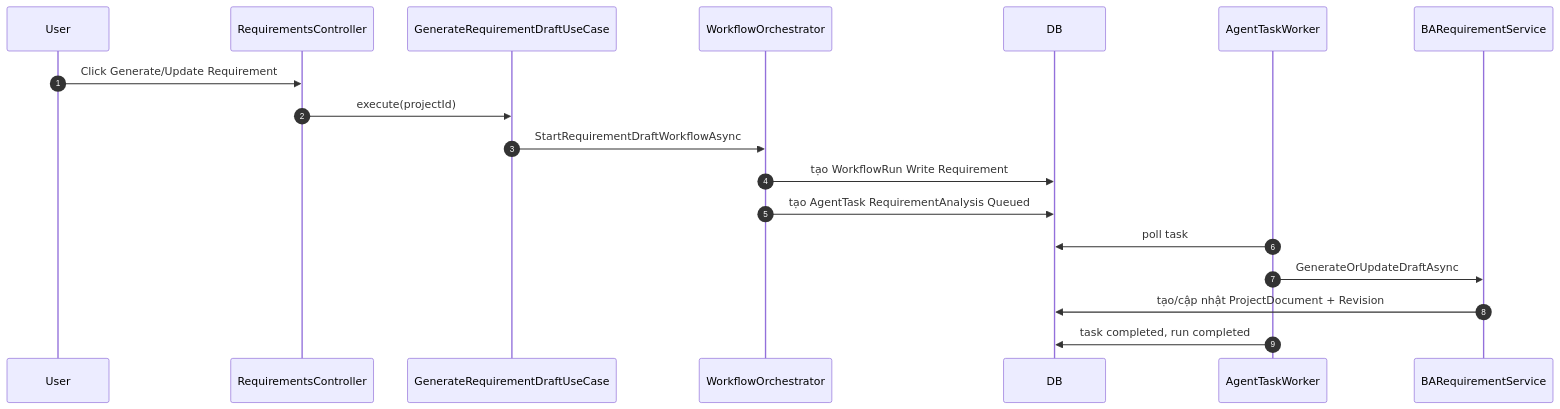
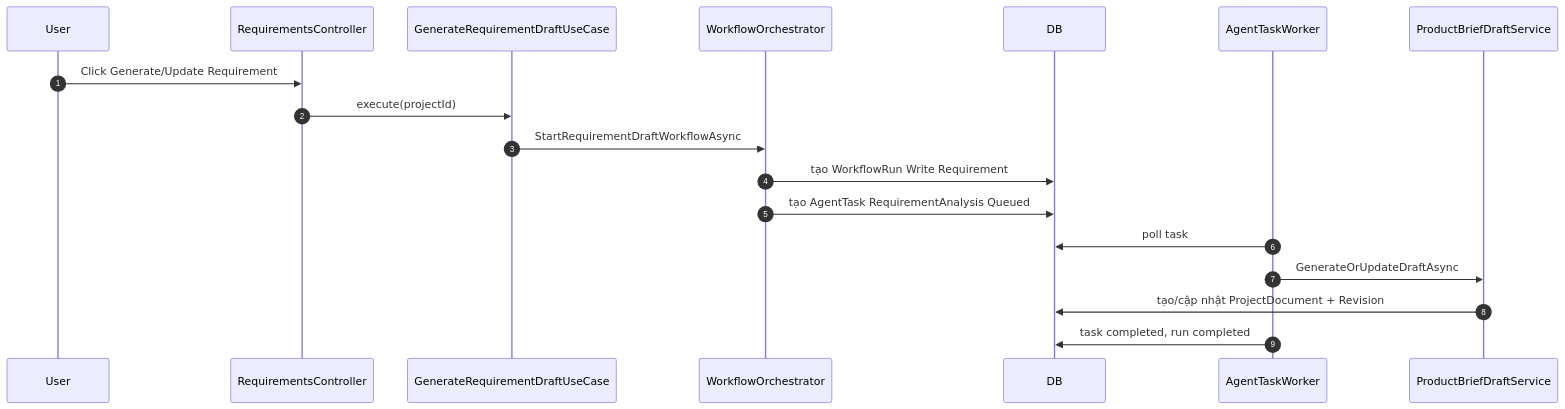
One commit to Songlong0506/ICOGenerator-v4 changed the fifth of 13 diagrams in docs/BusinessFlow.md. Above: the diagram before and after it, drawn with Mermaid. The commit also changed other lines of this file and 24 other files, not shown here.

First line of the commit message:
Refactor: tách BARequirementService (832 dòng, 17 dependency) theo use case

````diff
--- a/docs/BusinessFlow.md
+++ b/docs/BusinessFlow.md
@@ -108,21 +108,21 @@
 ```mermaid
 sequenceDiagram
     autonumber
     participant U as User
     participant R as RequirementsController
     participant UC as GenerateRequirementDraftUseCase
     participant O as WorkflowOrchestrator
     participant DB as DB
     participant W as AgentTaskWorker
-    participant BA as BARequirementService
+    participant BA as ProductBriefDraftService
 
     U->>R: Click Generate/Update Requirement
     R->>UC: execute(projectId)
     UC->>O: StartRequirementDraftWorkflowAsync
     O->>DB: tạo WorkflowRun Write Requirement
     O->>DB: tạo AgentTask RequirementAnalysis Queued
     W->>DB: poll task
     W->>BA: GenerateOrUpdateDraftAsync
     BA->>DB: tạo/cập nhật ProjectDocument + Revision
     W->>DB: task completed, run completed
 ```
````
